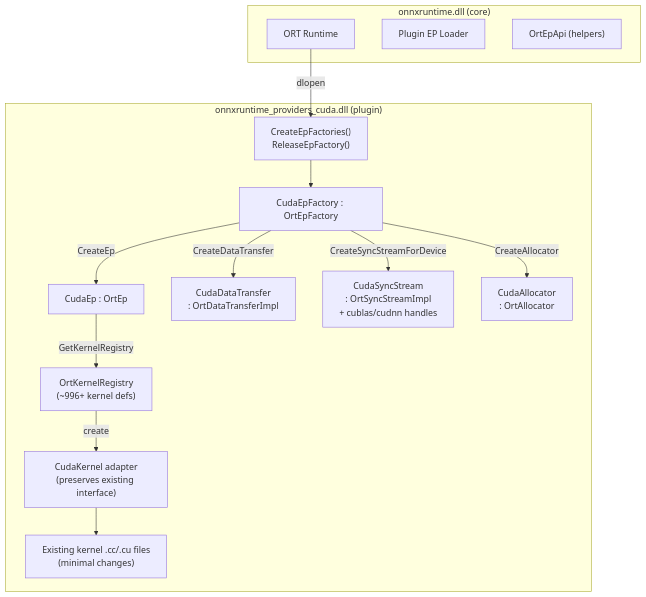
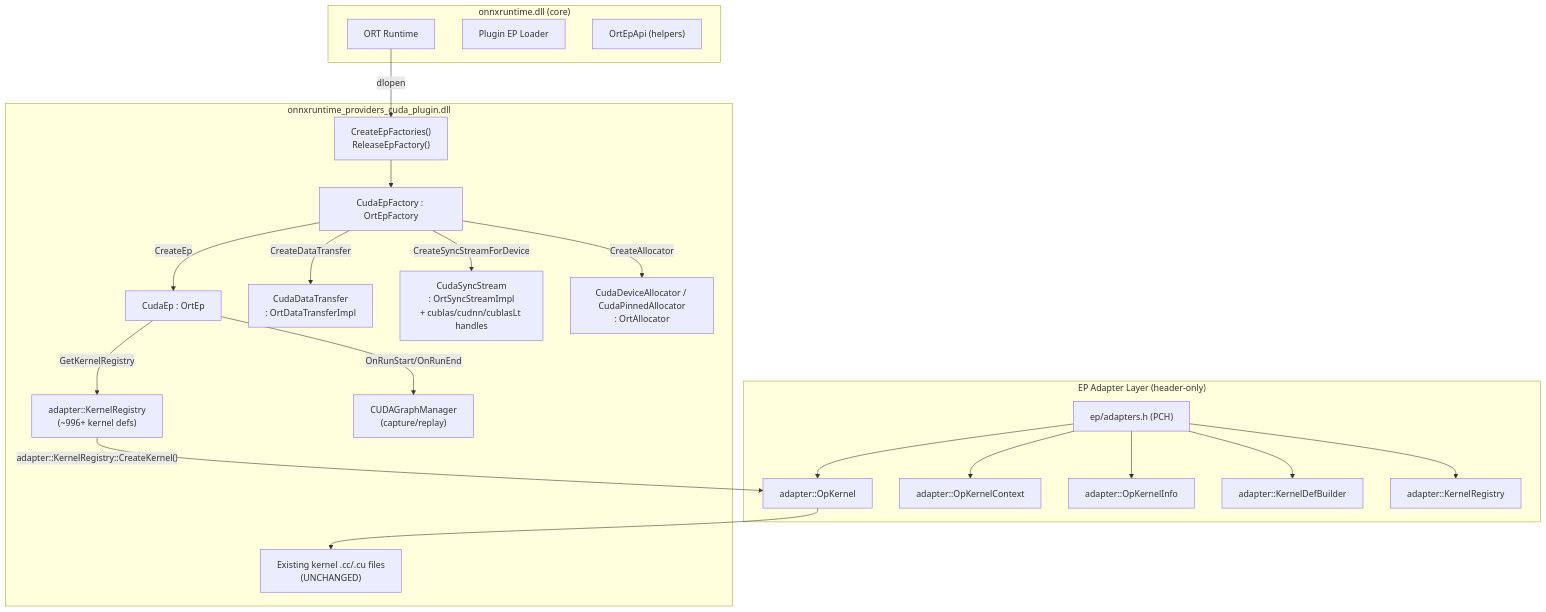
Before and after one commit to tianleiwu/onnxruntime: the second of 4 diagrams in cuda_plugin_ep/doc/cuda_plugin_ep_migration_plan.md, drawn with Mermaid. The commit also changed other lines of this file and 4 other files, not shown here.

````diff
--- a/cuda_plugin_ep/doc/cuda_plugin_ep_migration_plan.md
+++ b/cuda_plugin_ep/doc/cuda_plugin_ep_migration_plan.md
@@ -47,30 +68,45 @@
 ```mermaid
 graph TB
     subgraph "onnxruntime.dll (core)"
         ORT[ORT Runtime]
         PluginLoader[Plugin EP Loader]
         EpApi["OrtEpApi (helpers)"]
     end
 
-    subgraph "onnxruntime_providers_cuda.dll (plugin)"
+    subgraph "EP Adapter Layer (header-only)"
+        AdapterHdr["ep/adapters.h (PCH)"]
+        AdapterOpKernel["adapter::OpKernel"]
+        AdapterCtx["adapter::OpKernelContext"]
+        AdapterInfo["adapter::OpKernelInfo"]
+        AdapterKDB["adapter::KernelDefBuilder"]
+        AdapterKR["adapter::KernelRegistry"]
+    end
+
+    subgraph "onnxruntime_providers_cuda_plugin.dll"
         Entry["CreateEpFactories()\nReleaseEpFactory()"]
         Factory["CudaEpFactory : OrtEpFactory"]
         EP["CudaEp : OrtEp"]
-        KernelReg["OrtKernelRegistry\n(~996+ kernel defs)"]
-        KernelBase["CudaKernel adapter\n(preserves existing interface)"]
-        Kernels["Existing kernel .cc/.cu files\n(minimal changes)"]
+        KernelReg["adapter::KernelRegistry\n(~996+ kernel defs)"]
+        Kernels["Existing kernel .cc/.cu files\n(UNCHANGED)"]
         DT["CudaDataTransfer\n: OrtDataTransferImpl"]
-        Stream["CudaSyncStream\n: OrtSyncStreamImpl\n+ cublas/cudnn handles"]
-        Alloc["CudaAllocator\n: OrtAllocator"]
+        Stream["CudaSyncStream\n: OrtSyncStreamImpl\n+ cublas/cudnn/cublasLt handles"]
+        Alloc["CudaDeviceAllocator / CudaPinnedAllocator\n: OrtAllocator"]
+        Graph["CUDAGraphManager\n(capture/replay)"]
     end
 
     ORT -->|dlopen| Entry
     Entry --> Factory
     Factory -->|CreateEp| EP
     EP -->|GetKernelRegistry| KernelReg
-    KernelReg -->|create| KernelBase
-    KernelBase --> Kernels
+    KernelReg -->|"adapter::KernelRegistry::CreateKernel()"| AdapterOpKernel
+    AdapterOpKernel --> Kernels
     Factory -->|CreateDataTransfer| DT
     Factory -->|CreateSyncStreamForDevice| Stream
     Factory -->|CreateAllocator| Alloc
+    EP -->|OnRunStart/OnRunEnd| Graph
+    AdapterHdr --> AdapterOpKernel
+    AdapterHdr --> AdapterCtx
+    AdapterHdr --> AdapterInfo
+    AdapterHdr --> AdapterKDB
+    AdapterHdr --> AdapterKR
 ```
````
